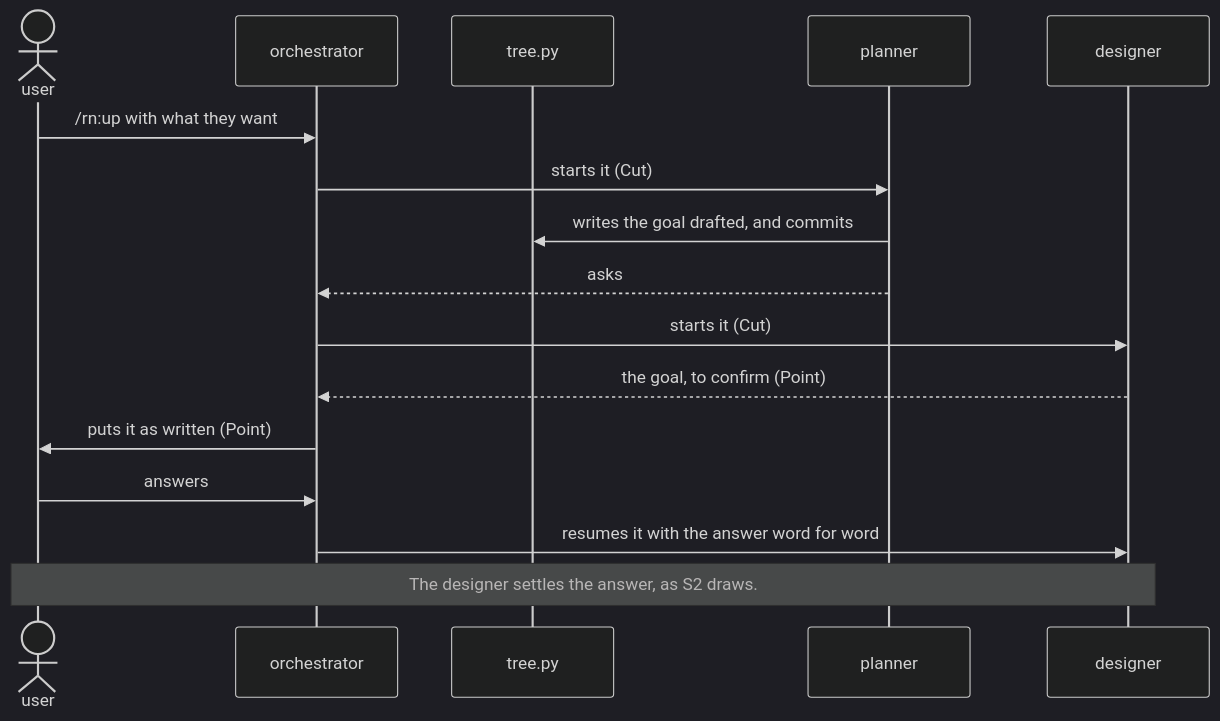
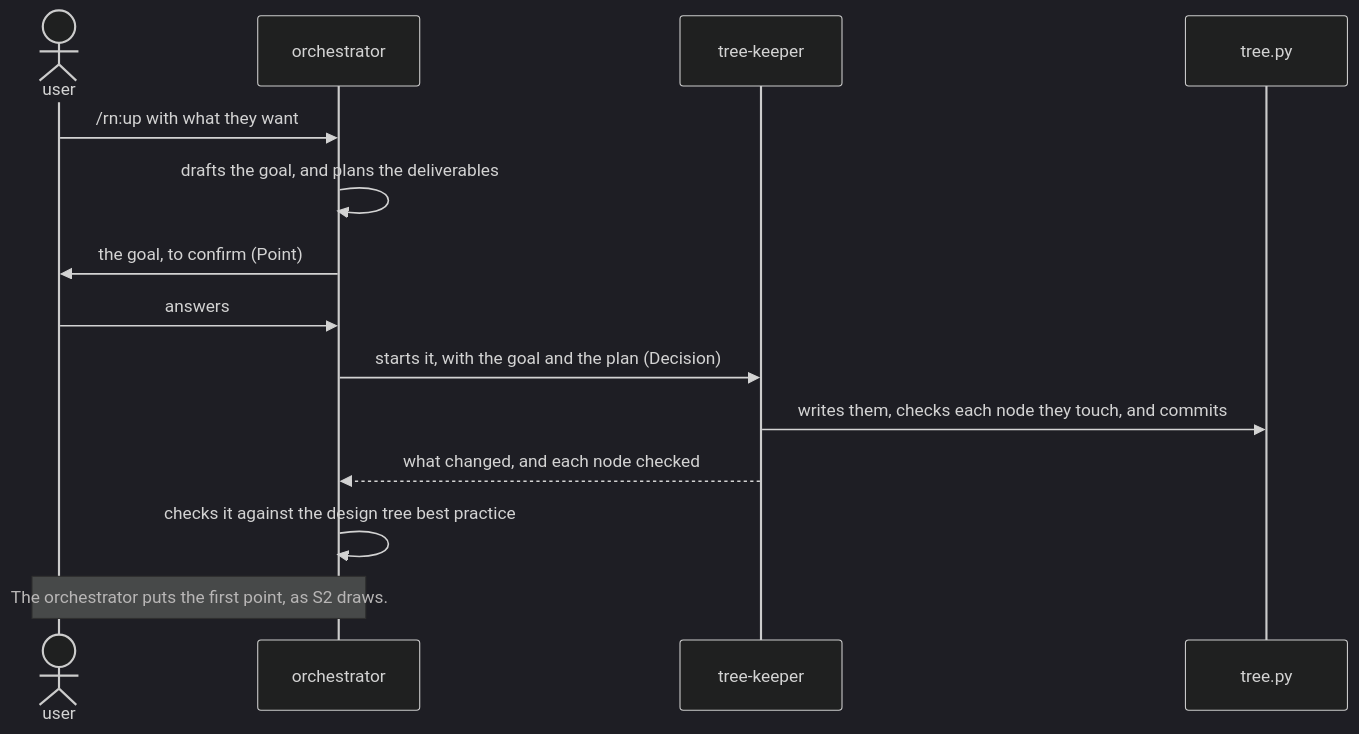
One commit to lovaizu/ccpm changed the first of 5 diagrams in dev/rn/architecture.md. Above: the diagram before and after it, drawn with Mermaid (dark theme). The commit also changed other lines of this file and 5 other files, not shown here.

````diff
--- a/dev/rn/architecture.md
+++ b/dev/rn/architecture.md
@@ -144,18 +155,16 @@
 ```mermaid
 sequenceDiagram
   actor U as user
   participant O as orchestrator
+  participant K as tree-keeper
   participant T as tree.py
-  participant P as planner
-  participant D as designer
   U->>O: /rn:up with what they want
-  O->>P: starts it (Cut)
-  P->>T: writes the goal drafted, and commits
-  P-->>O: asks
-  O->>D: starts it (Cut)
-  D-->>O: the goal, to confirm (Point)
-  O->>U: puts it as written (Point)
+  O->>O: drafts the goal, and plans the deliverables
+  O->>U: the goal, to confirm (Point)
   U->>O: answers
-  O->>D: resumes it with the answer word for word
-  Note over U,D: The designer settles the answer, as S2 draws.
+  O->>K: starts it, with the goal and the plan (Decision)
+  K->>T: writes them, checks each node they touch, and commits
+  K-->>O: what changed, and each node checked
+  O->>O: checks it against the design tree best practice
+  Note over U,O: The orchestrator puts the first point, as S2 draws.
 ```
````
